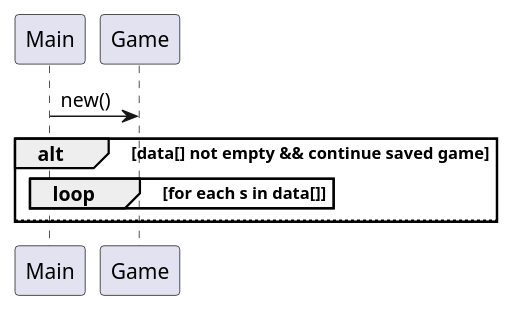
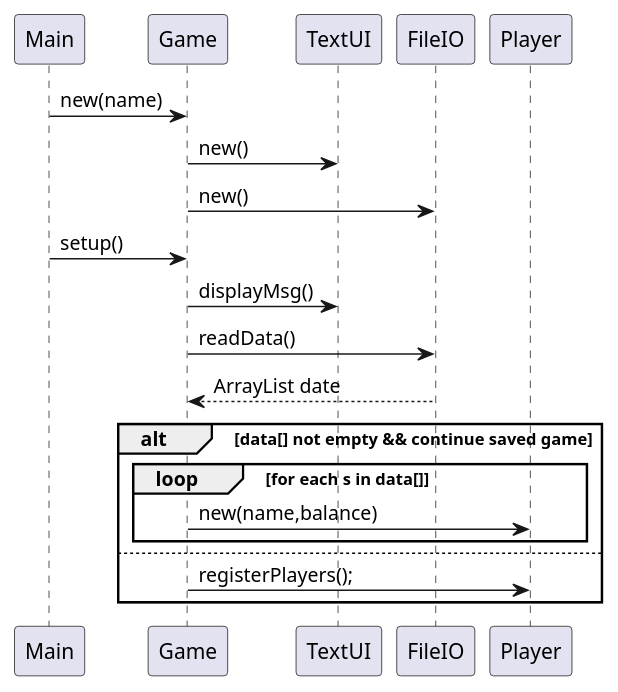
The diagram in doc/Plan/dynamic/sequence_uc1_startGame.puml (Dat1Cphbusiness/MonopolyE24), drawn with PlantUML before and after one commit. The commit also changed 2 other files, not shown here.

Commit message:
onsdag lavet og redigeret sequence_uc1_startGame.puml

```diff
--- a/doc/Plan/dynamic/sequence_uc1_startGame.puml
+++ b/doc/Plan/dynamic/sequence_uc1_startGame.puml
@@ -1,17 +1,28 @@
 @startuml
 'https://plantuml.com/sequence-diagram
 
-Main -> Game: new()
+Main -> Game: new(name)
 'indsæt instansieringer i Game konstruktor
+Game -> TextUI: new()
+Game -> FileIO: new()
+
+
+
 'indsæt kaldet til setup()
+Main -> Game: setup()
+Game -> TextUI: displayMsg()
 'indsæt hvad der sker i toppen af setup()
+Game -> FileIO: readData()
+FileIO --> Game: ArrayList date
 alt data[] not empty && continue saved game
 loop for each s in data[]
 'indsæt hvad der sker i loopet
+Game -> Player: new(name,balance)
 end
 else
 'indsæt kaldet til registerPlayers()
+Game -> Player : registerPlayers();
 
 end
 
 @enduml
```
